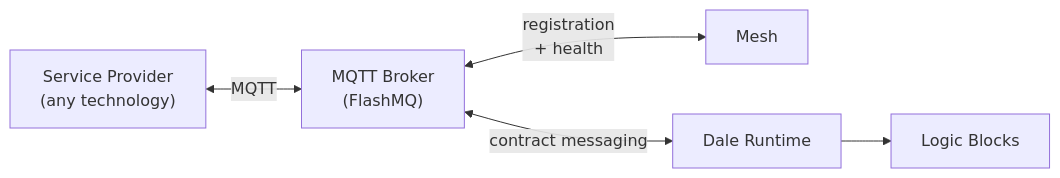
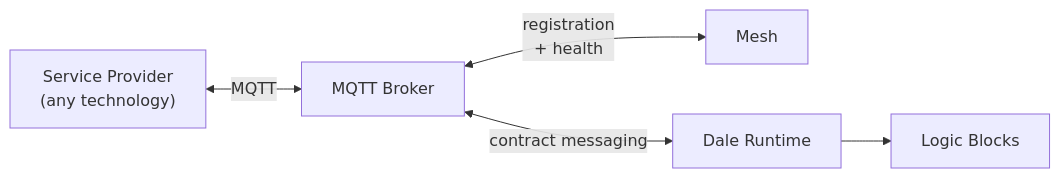
Before and after one commit to VION-IoT/documentation: the first of 2 diagrams in docs/sdk/service-provider-protocol.md, drawn with Mermaid. The commit also changed other lines of this file and 1 other file, not shown here.

Commit message:
Make the SDK docs broker-neutral — host `broker:1883` and no product name in the diagrams, so the next broker swap does not touch these pages

````diff
--- a/docs/sdk/service-provider-protocol.md
+++ b/docs/sdk/service-provider-protocol.md
@@ -17,7 +17,7 @@
 ```mermaid
 graph LR
-  SP["Service Provider<br/>(any technology)"] <-->|MQTT| B["MQTT Broker<br/>(FlashMQ)"]
+  SP["Service Provider<br/>(any technology)"] <-->|MQTT| B["MQTT Broker"]
   B <-->|registration<br/>+ health| M["Mesh"]
   B <-->|contract messaging| D["Dale Runtime"]
   D --> LB["Logic Blocks"]
 ```
````
